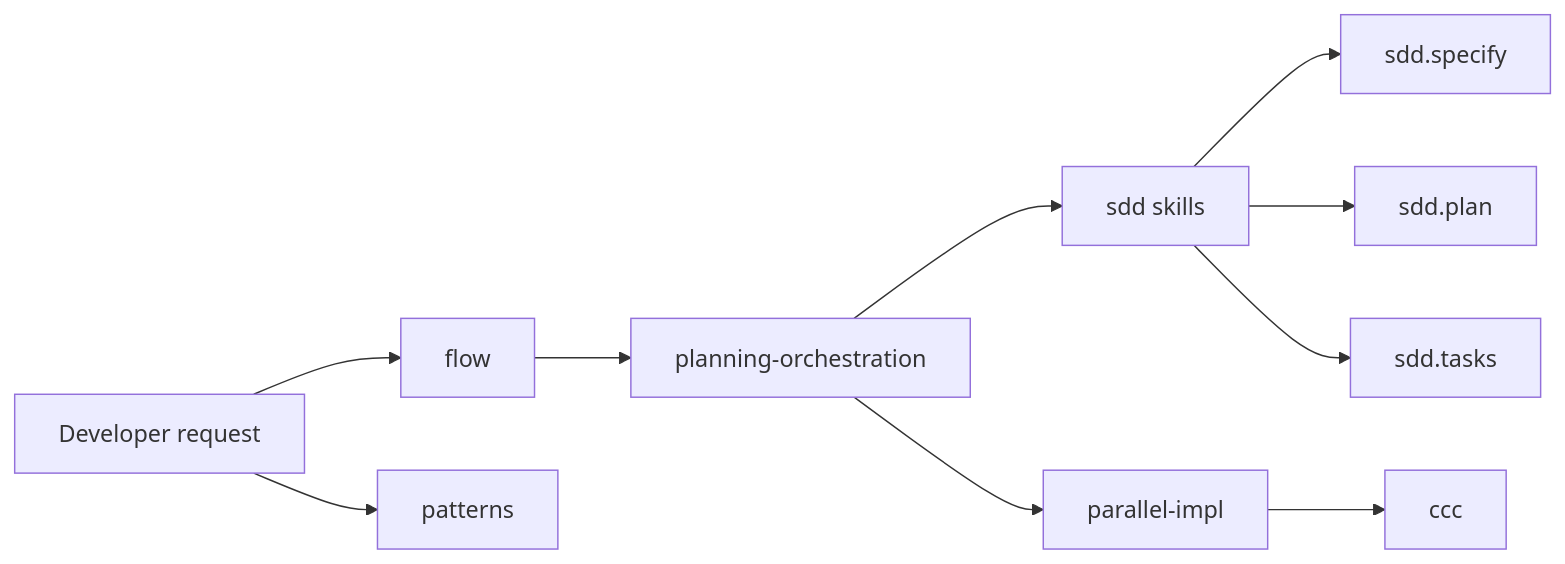
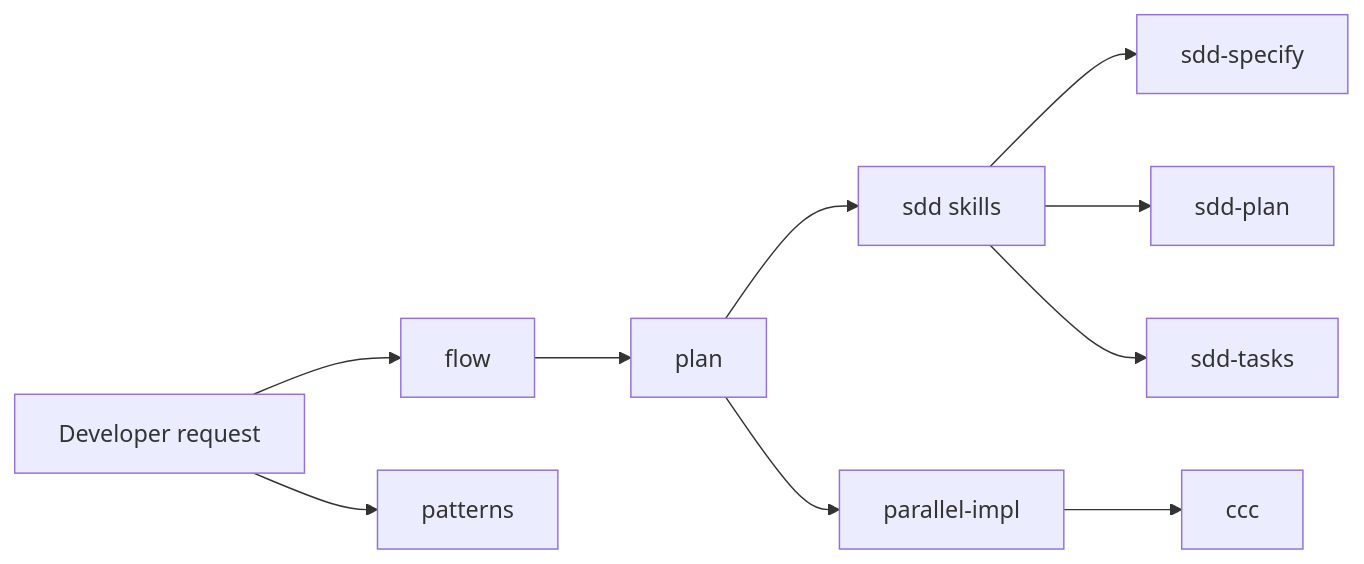
Before and after one commit to mikecubed/agent-orchestration: the diagram in docs/plugin-composition.md, drawn with Mermaid. The commit also changed 4 other files, not shown here.

First line of the commit message:
fix: address second review pass — grammar, table separators, diagram labels

````diff
--- a/docs/plugin-composition.md
+++ b/docs/plugin-composition.md
@@ -7,23 +7,23 @@
 ```mermaid
 flowchart LR
     USER[Developer request]
     FLOW[flow]
-    PLAN[planning-orchestration]
+    PLAN[plan]
     SDD[sdd skills]
     CCC[ccc]
     PAT[patterns]
-    SPEC[sdd.specify]
-    P[sdd.plan]
-    TASKS[sdd.tasks]
+    SPEC[sdd-specify]
+    P[sdd-plan]
+    TASKS[sdd-tasks]
     EXEC[parallel-impl]
 
     USER --> FLOW
     FLOW --> PLAN
     PLAN --> SDD
     EXEC --> CCC
     SDD --> SPEC
     SDD --> P
     SDD --> TASKS
     PLAN --> EXEC
     USER --> PAT
 ```
````
